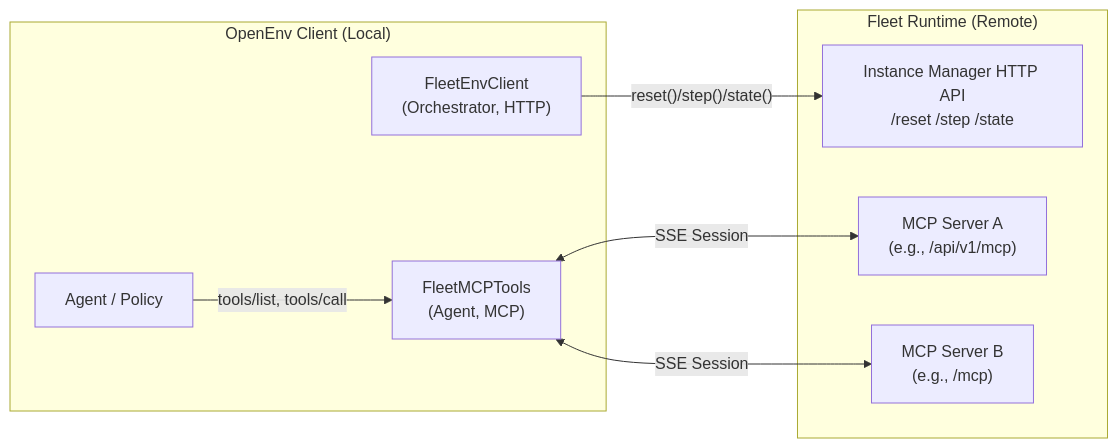
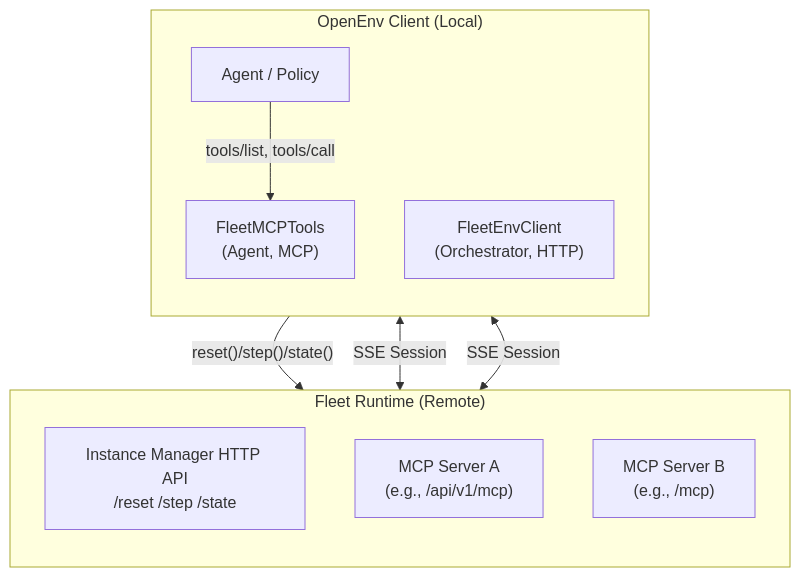
The diagram in src/envs/fleet_env/README.md (meta-pytorch/OpenEnv), drawn with Mermaid before and after one commit. The commit also changed other lines of this file, not shown here.

````diff
--- a/src/envs/fleet_env/README.md
+++ b/src/envs/fleet_env/README.md
@@ -12,22 +12,24 @@
 ```mermaid
-flowchart LR
+flowchart TB
   subgraph Client["OpenEnv Client (Local)"]
+    direction TB
     Agent["Agent / Policy"]
-    Orch["FleetEnvClient\n(Orchestrator, HTTP)"]
-    Tools["FleetMCPTools\n(Agent, MCP)"]
+    Orch["FleetEnvClient<br/>(Orchestrator, HTTP)"]
+    Tools["FleetMCPTools<br/>(Agent, MCP)"]
   end
 
   subgraph Runtime["Fleet Runtime (Remote)"]
-    HTTP["Instance Manager HTTP API\n/reset /step /state"]
-    MCP_A["MCP Server A\n(e.g., /api/v1/mcp)"]
-    MCP_B["MCP Server B\n(e.g., /mcp)"]
+    direction TB
+    HTTP["Instance Manager HTTP API<br/>/reset /step /state"]
+    MCP_A["MCP Server A<br/>(e.g., /api/v1/mcp)"]
+    MCP_B["MCP Server B<br/>(e.g., /mcp)"]
   end
 
   %% Orchestration (RFC 001)
   Orch --"reset()/step()/state()"--> HTTP
 
   %% Agent actions (RFC 003)
   Agent --"tools/list, tools/call"--> Tools
   Tools <-->|"SSE Session"| MCP_A
   Tools <-->|"SSE Session"| MCP_B
 ```
````
